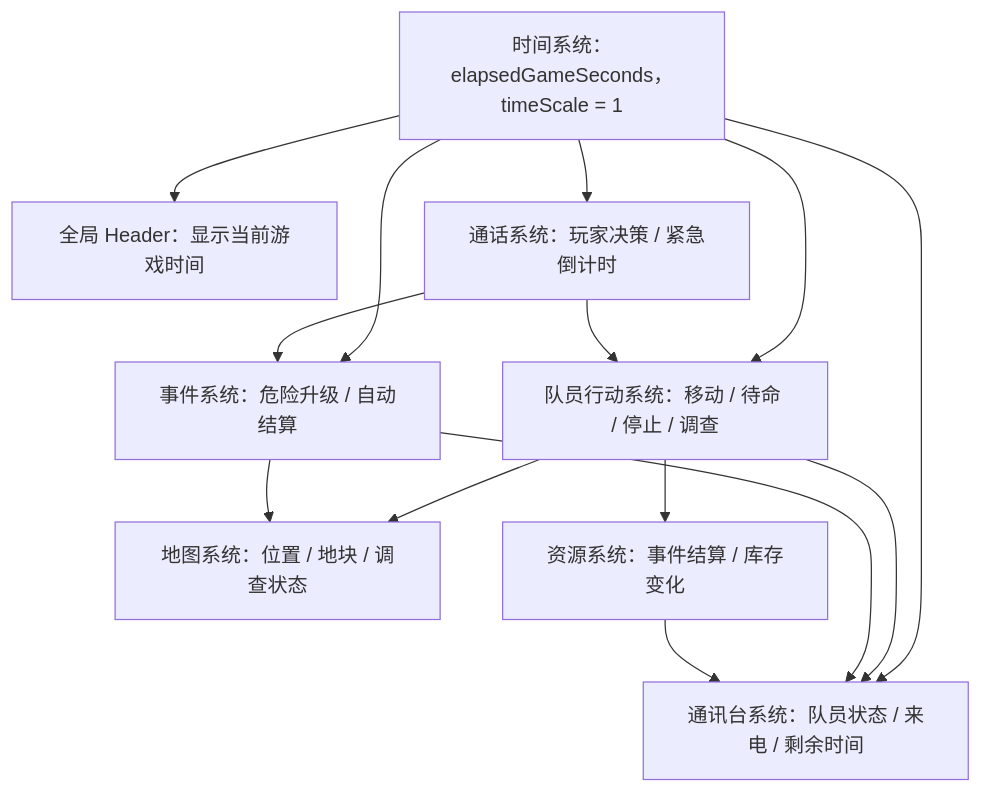
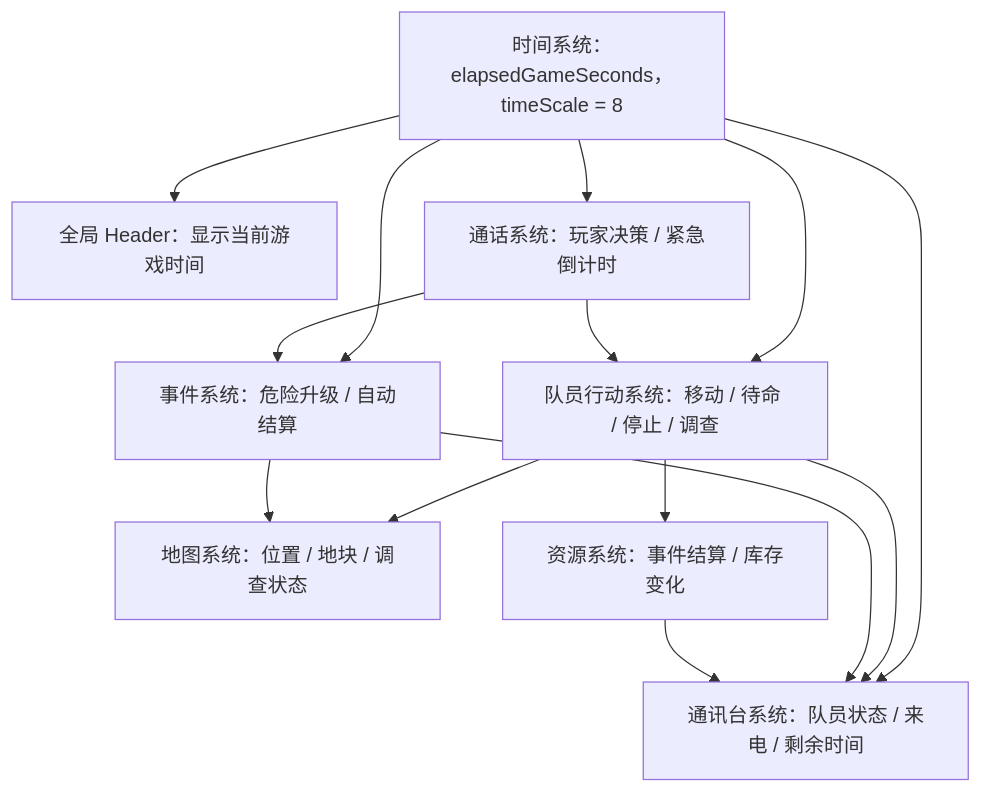
Before and after one commit to Hikaru518/stellar-frontier: the diagram in docs/gameplay/time-system/time-system.md, drawn with Mermaid. The commit also changed other lines of this file and 5 other files, not shown here.

````diff
--- a/docs/gameplay/time-system/time-system.md
+++ b/docs/gameplay/time-system/time-system.md
@@ -55,25 +55,25 @@
 ```mermaid
 flowchart TD
   Header["全局 Header：显示当前游戏时间"]
-  Time["时间系统：elapsedGameSeconds，timeScale = 1"]
+  Time["时间系统：elapsedGameSeconds，timeScale = 8"]
   Crew["队员行动系统：移动 / 待命 / 停止 / 调查"]
   Comms["通讯台系统：队员状态 / 来电 / 剩余时间"]
   Call["通话系统：玩家决策 / 紧急倒计时"]
   Map["地图系统：位置 / 地块 / 调查状态"]
   Resource["资源系统：事件结算 / 库存变化"]
   Event["事件系统：危险升级 / 自动结算"]
 
   Time --> Header
   Time --> Crew
   Time --> Comms
   Time --> Call
   Time --> Event
   Crew --> Map
   Crew --> Resource
   Crew --> Comms
   Call --> Crew
   Call --> Event
   Event --> Comms
   Event --> Map
   Resource --> Comms
 ```
````
